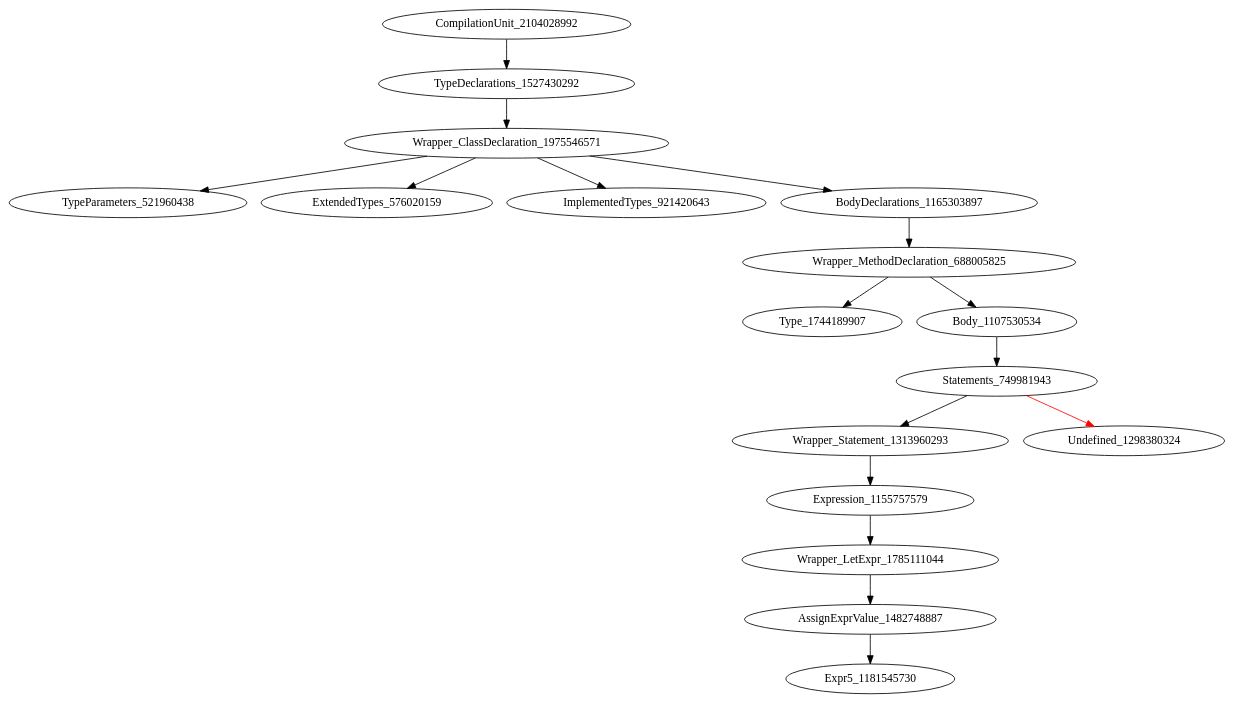
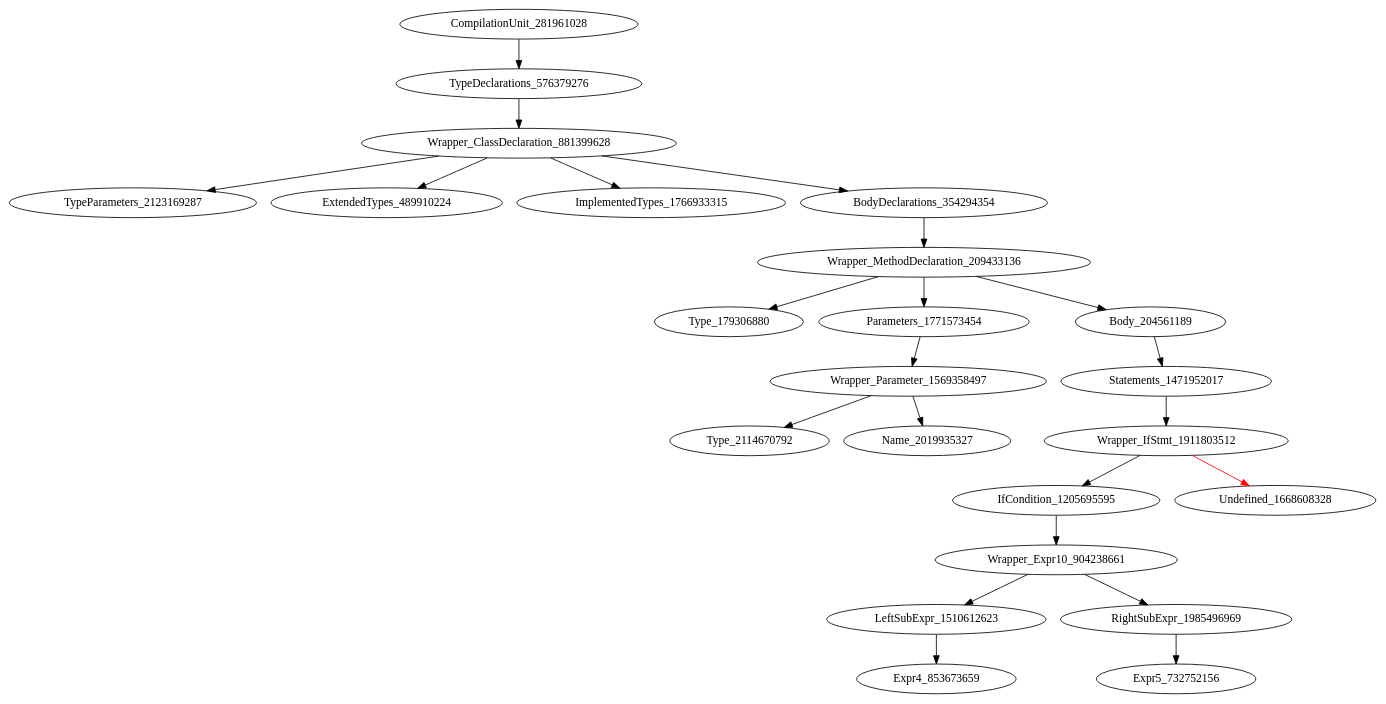
Before and after one commit to icse2023material/VoiceJava: the diagram in holeAST.dot, drawn with Graphviz. The commit also changed 9 other files, not shown here.

Commit message:
[fix] testcases, move next body support in method

```diff
--- a/holeAST.dot
+++ b/holeAST.dot
@@ -1,18 +1,24 @@
 digraph {
-CompilationUnit_2104028992 -> TypeDeclarations_1527430292
-TypeDeclarations_1527430292 -> Wrapper_ClassDeclaration_1975546571
-Wrapper_ClassDeclaration_1975546571 -> TypeParameters_521960438
-Wrapper_ClassDeclaration_1975546571 -> ExtendedTypes_576020159
-Wrapper_ClassDeclaration_1975546571 -> ImplementedTypes_921420643
-Wrapper_ClassDeclaration_1975546571 -> BodyDeclarations_1165303897
-BodyDeclarations_1165303897 -> Wrapper_MethodDeclaration_688005825
-Wrapper_MethodDeclaration_688005825 -> Type_1744189907
-Wrapper_MethodDeclaration_688005825 -> Body_1107530534
-Body_1107530534 -> Statements_749981943
-Statements_749981943 -> Wrapper_Statement_1313960293
-Statements_749981943 -> Undefined_1298380324 [color = red] 
-Wrapper_Statement_1313960293 -> Expression_1155757579
-Expression_1155757579 -> Wrapper_LetExpr_1785111044
-Wrapper_LetExpr_1785111044 -> AssignExprValue_1482748887
-AssignExprValue_1482748887 -> Expr5_1181545730
+CompilationUnit_281961028 -> TypeDeclarations_576379276
+TypeDeclarations_576379276 -> Wrapper_ClassDeclaration_881399628
+Wrapper_ClassDeclaration_881399628 -> TypeParameters_2123169287
+Wrapper_ClassDeclaration_881399628 -> ExtendedTypes_489910224
+Wrapper_ClassDeclaration_881399628 -> ImplementedTypes_1766933315
+Wrapper_ClassDeclaration_881399628 -> BodyDeclarations_354294354
+BodyDeclarations_354294354 -> Wrapper_MethodDeclaration_209433136
+Wrapper_MethodDeclaration_209433136 -> Type_179306880
+Wrapper_MethodDeclaration_209433136 -> Parameters_1771573454
+Wrapper_MethodDeclaration_209433136 -> Body_204561189
+Parameters_1771573454 -> Wrapper_Parameter_1569358497
+Body_204561189 -> Statements_1471952017
+Wrapper_Parameter_1569358497 -> Type_2114670792
+Wrapper_Parameter_1569358497 -> Name_2019935327
+Statements_1471952017 -> Wrapper_IfStmt_1911803512
+Wrapper_IfStmt_1911803512 -> IfCondition_1205695595
+Wrapper_IfStmt_1911803512 -> Undefined_1668608328 [color = red] 
+IfCondition_1205695595 -> Wrapper_Expr10_904238661
+Wrapper_Expr10_904238661 -> LeftSubExpr_1510612623
+Wrapper_Expr10_904238661 -> RightSubExpr_1985496969
+LeftSubExpr_1510612623 -> Expr4_853673659
+RightSubExpr_1985496969 -> Expr5_732752156
 }
```
